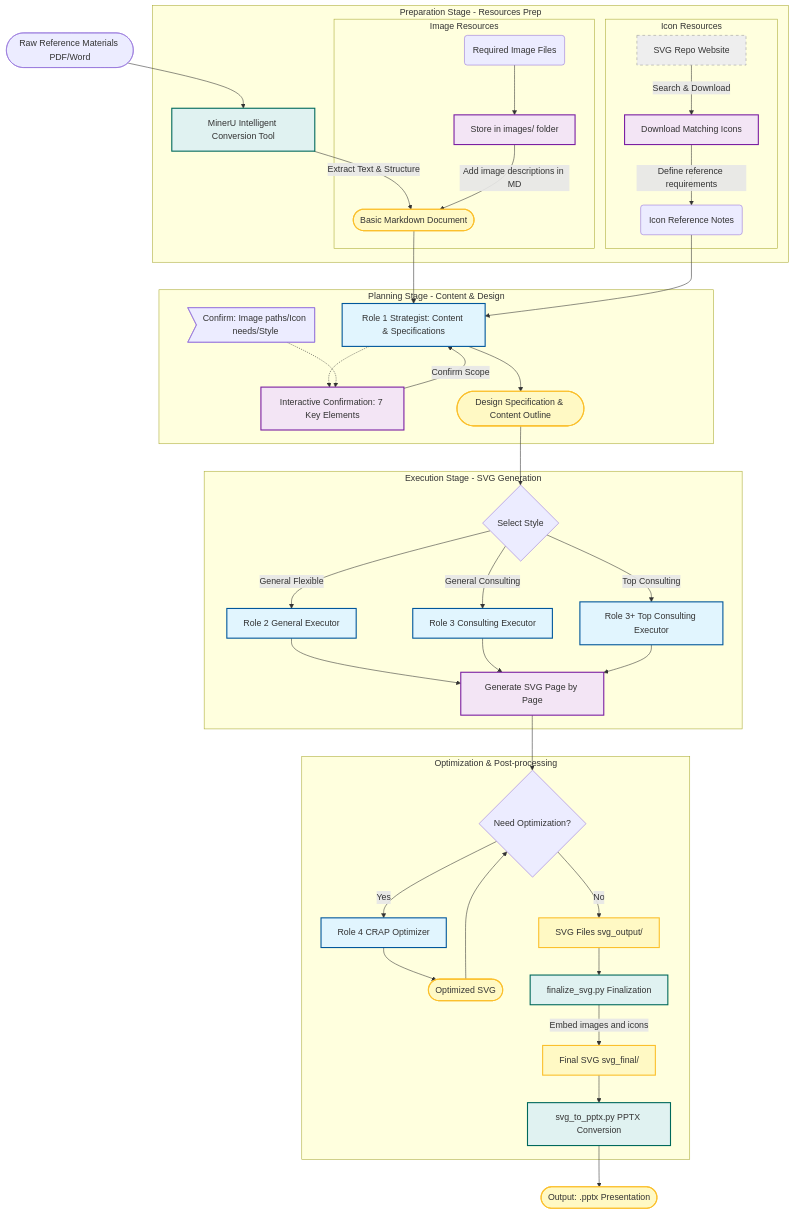
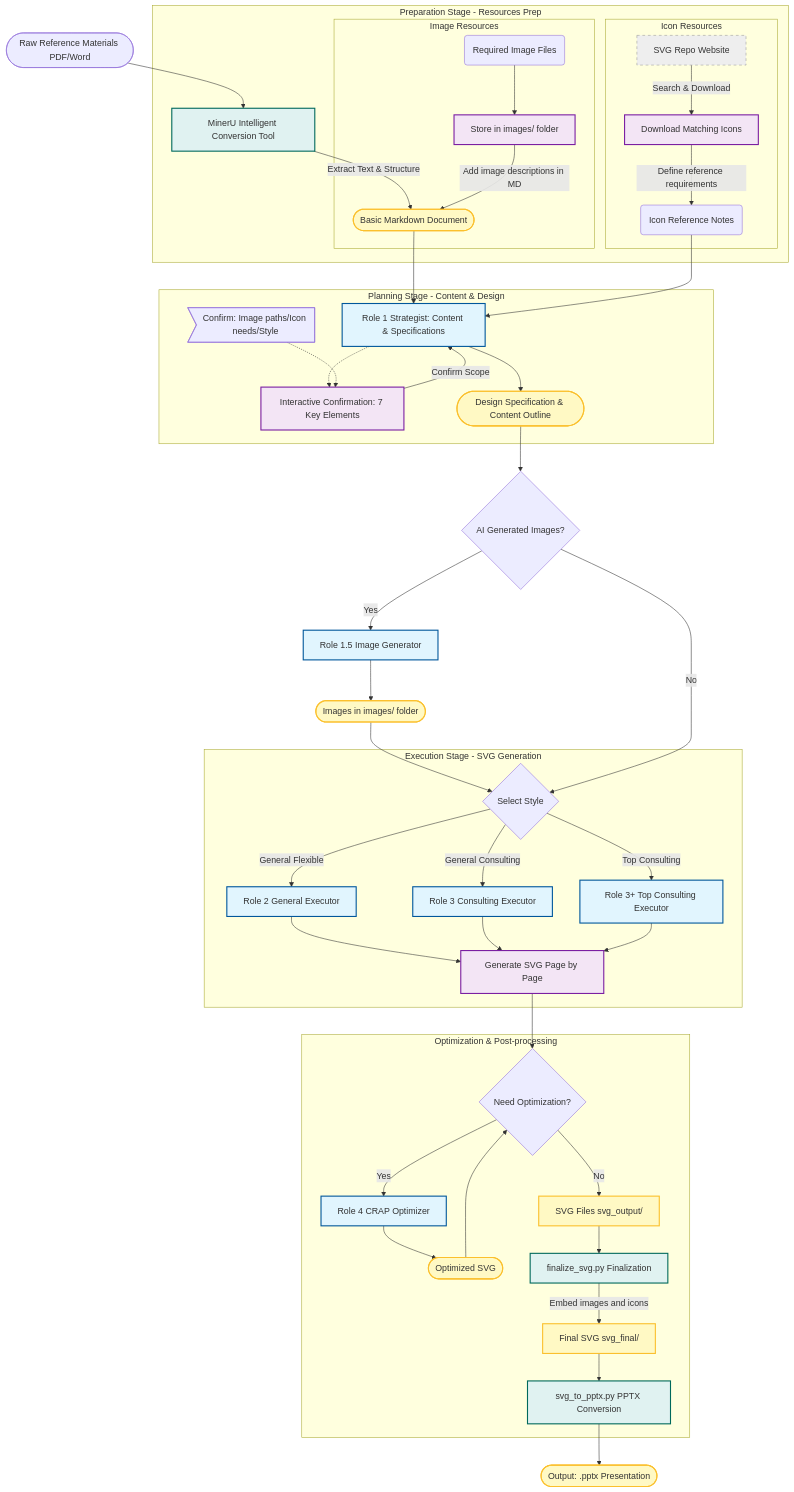
One commit to hugohe3/ppt-master changed the diagram in README_EN.md. Above: the diagram before and after it, drawn with Mermaid. The commit also changed other lines of this file and 10 other files, not shown here.

First line of the commit message:
feat(roles): 新增 Image_Generator 图片生成师角色

```diff
--- a/README_EN.md
+++ b/README_EN.md
@@ -227,7 +236,13 @@
         Strategist --> SpecDoc([Design Specification & Content Outline]):::artifact
     end
 
-    SpecDoc --> SelectStyle{Select Style}
+    SpecDoc --> CheckImage{AI Generated Images?}
+    
+    %% Image Generation Stage
+    CheckImage -- Yes --> ImageGen[Role 1.5 Image Generator]:::role
+    ImageGen --> ImagesReady([Images in images/ folder]):::artifact
+    ImagesReady --> SelectStyle
+    CheckImage -- No --> SelectStyle{Select Style}
 
     %% Execution Stage
     subgraph Execution [Execution Stage - SVG Generation]
```
